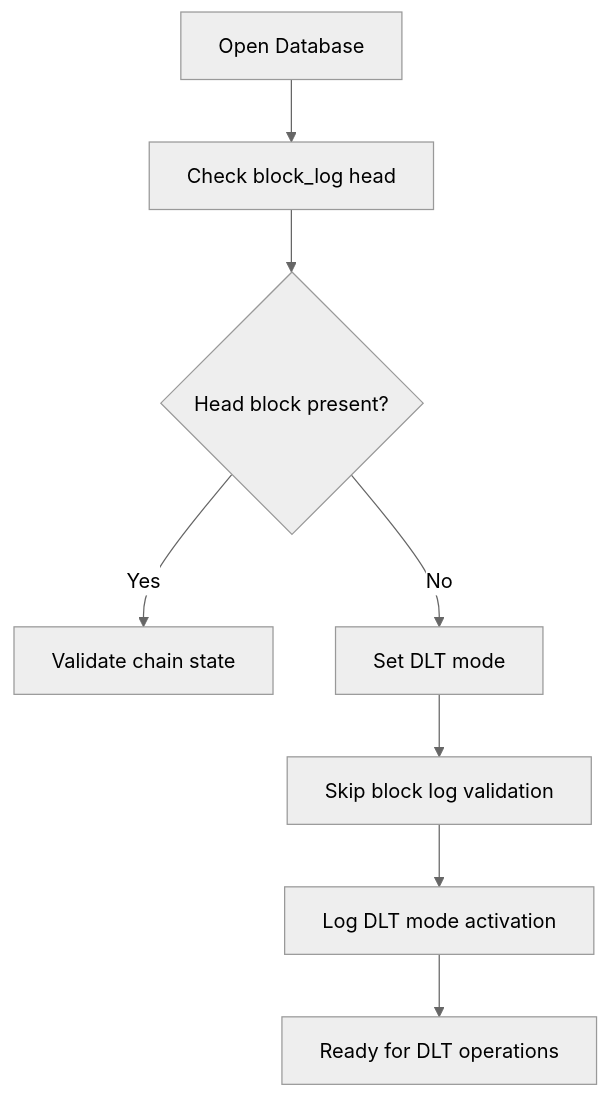
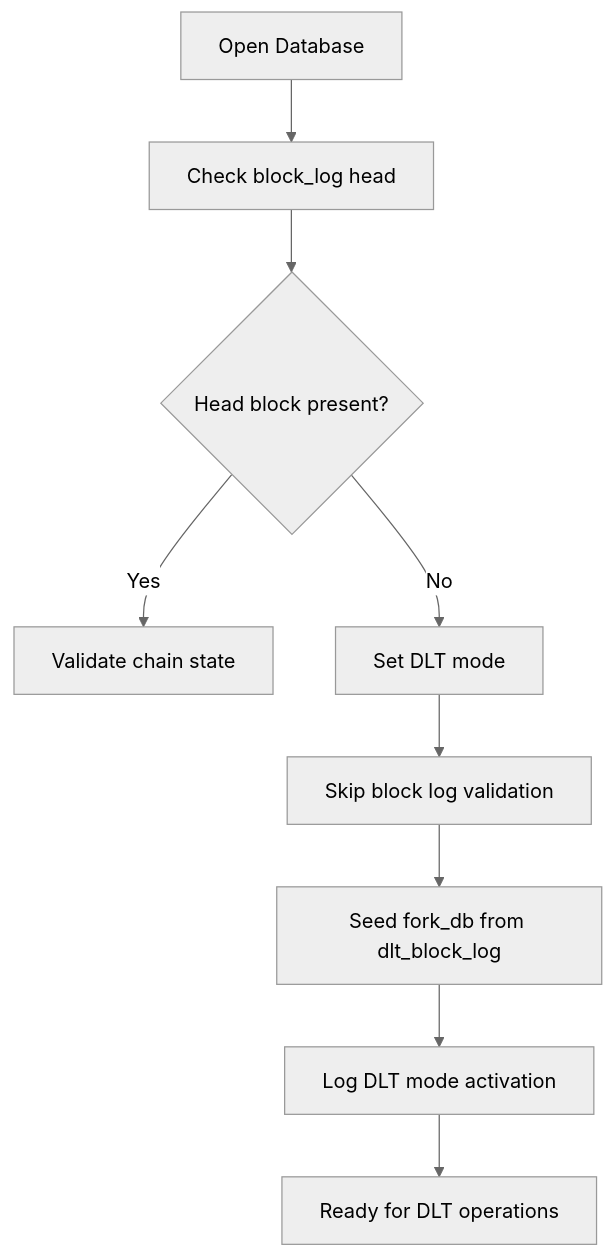
The tenth of 14 diagrams in .qoder/repowiki/en/content/Architecture Overview/Core Libraries/Chain Library/Database Management/DLT Rolling Block Log.md (VIZ-Blockchain/viz-cpp-node), drawn with Mermaid (neutral theme) before and after one commit. The commit also changed other lines of this file and 4 other files, not shown here.

First line of the commit message:
feat(fork_database): improve fork resolution and enhance DLT integration

````diff
--- a/.qoder/repowiki/en/content/Architecture Overview/Core Libraries/Chain Library/Database Management/DLT Rolling Block Log.md
+++ b/.qoder/repowiki/en/content/Architecture Overview/Core Libraries/Chain Library/Database Management/DLT Rolling Block Log.md
@@ -532,10 +563,11 @@
 ```mermaid
 flowchart TD
 OpenDB["Open Database"] --> CheckBL["Check block_log head"]
 CheckBL --> HasHead{"Head block present?"}
 HasHead --> |Yes| ValidateState["Validate chain state"]
 HasHead --> |No| SetDLT["Set DLT mode"]
 SetDLT --> SkipValidation["Skip block log validation"]
-SkipValidation --> LogDLT["Log DLT mode activation"]
+SkipValidation --> SeedForkDB["Seed fork_db from dlt_block_log"]
+SeedForkDB --> LogDLT["Log DLT mode activation"]
 LogDLT --> Ready["Ready for DLT operations"]
 ```
````
